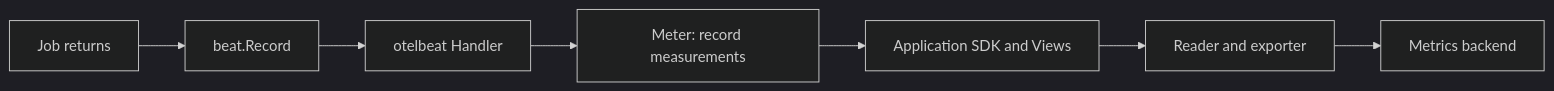
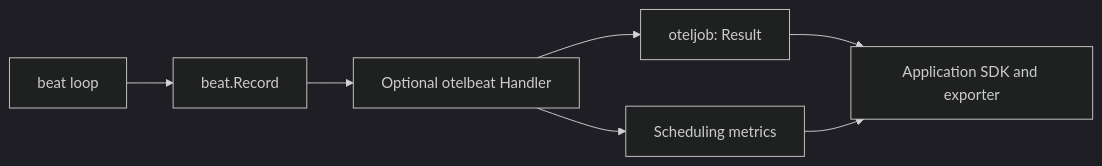
One commit to uchaloop/otelbeat changed the diagram in README.md. Above: the diagram before and after it, drawn with Mermaid (dark theme). The commit also changed other lines of this file and 10 other files, not shown here.

Commit message:
release/0.4.0: adaptation for beat 0.7.0, job 0.3.0 and oteljob 0.1.0

````diff
--- a/README.md
+++ b/README.md
@@ -29,9 +54,9 @@
 ```mermaid
 flowchart LR
-    J[Job returns] --> R[beat.Record]
-    R --> H[otelbeat Handler]
-    H --> M[Meter: record measurements]
-    M --> S[Application SDK and Views]
-    S --> E[Reader and exporter]
-    E --> B[Metrics backend]
+    Beat[beat loop] --> Record[beat.Record]
+    Record --> Handler[Optional otelbeat Handler]
+    Handler --> Job[oteljob: Result]
+    Handler --> Schedule[Scheduling metrics]
+    Job --> SDK[Application SDK and exporter]
+    Schedule --> SDK
 ```
````
